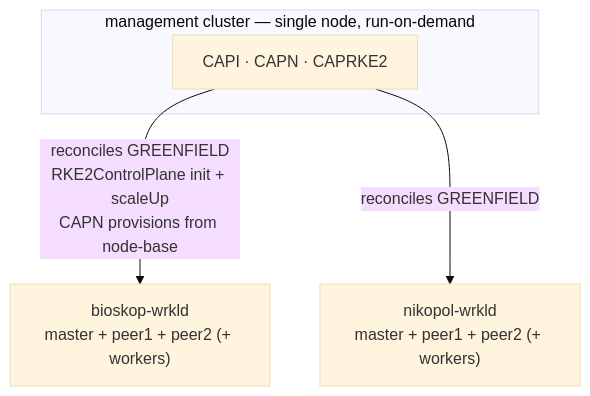
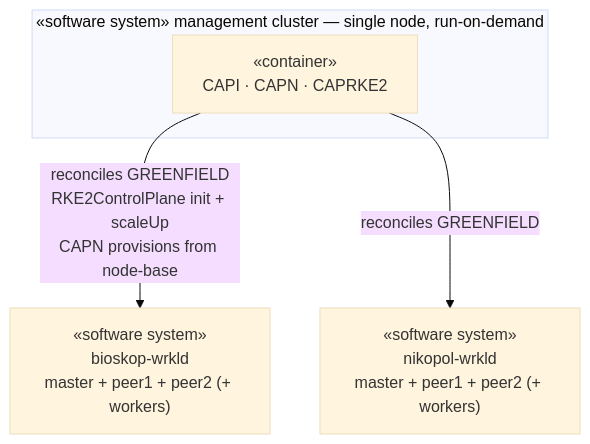
The second of 6 diagrams in docs/architecture/cluster-api/management-workload-topology.adoc (nxmatic/rke2lab), drawn with Mermaid (base theme) before and after one commit. The commit also changed other lines of this file and 2 other files, not shown here.

First line of the commit message:
docs(cluster-api): incus tenancy — project-per-cluster on a shared engine

```diff
--- a/docs/architecture/cluster-api/management-workload-topology.adoc
+++ b/docs/architecture/cluster-api/management-workload-topology.adoc
@@ -97,11 +97,11 @@
 [mermaid,topology-logical,svg]
 ----
 flowchart TB
-  subgraph MGMT["management cluster — single node, run-on-demand"]
-    CAPI["CAPI · CAPN · CAPRKE2"]
+  subgraph MGMT["«software system» management cluster — single node, run-on-demand"]
+    CAPI["«container»<br/>CAPI · CAPN · CAPRKE2"]
   end
-  BWL["bioskop-wrkld<br/>master + peer1 + peer2 (+ workers)"]
-  NWL["nikopol-wrkld<br/>master + peer1 + peer2 (+ workers)"]
+  BWL["«software system»<br/>bioskop-wrkld<br/>master + peer1 + peer2 (+ workers)"]
+  NWL["«software system»<br/>nikopol-wrkld<br/>master + peer1 + peer2 (+ workers)"]
   CAPI -->|"reconciles GREENFIELD<br/>RKE2ControlPlane init + scaleUp<br/>CAPN provisions from node-base"| BWL
   CAPI -->|"reconciles GREENFIELD"| NWL
 ----
```
